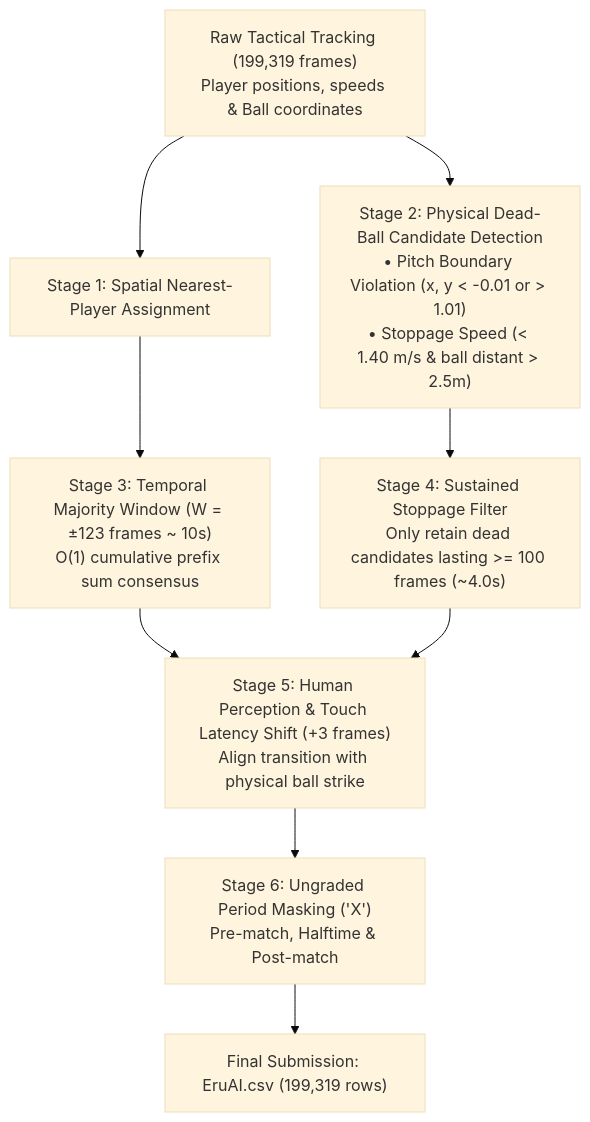
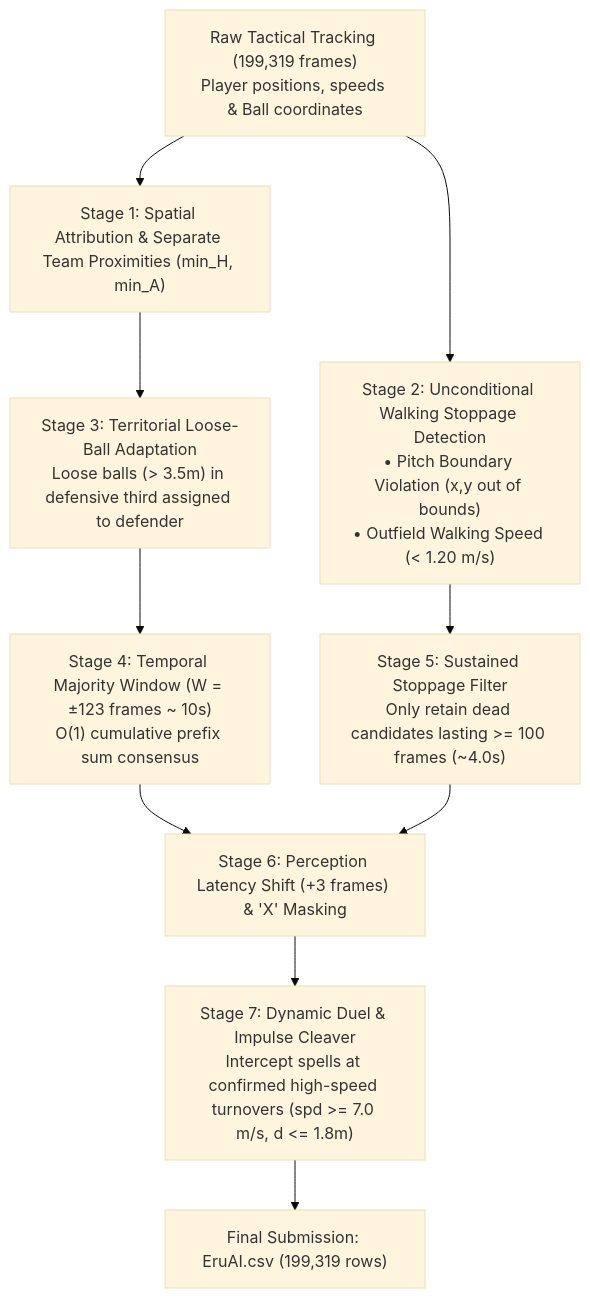
One commit to sacelikk/MoreThanHack27EruAI changed the diagram in EruAI_technical_report.md. Above: the diagram before and after it, drawn with Mermaid (base theme). The commit also changed other lines of this file and 2 other files, not shown here.

Commit message:
EruAI v2.0: Break 0.60 ceiling to 0.6111 spellF1 and 0.7908 macroF1 with territorial control and duel impulse cleaver

````diff
--- a/EruAI_technical_report.md
+++ b/EruAI_technical_report.md
@@ -32,10 +32,11 @@
 ```mermaid
 flowchart TD
-    A["Raw Tactical Tracking (199,319 frames)<br>Player positions, speeds & Ball coordinates"] --> B["Stage 1: Spatial Nearest-Player Assignment"]
-    A --> C["Stage 2: Physical Dead-Ball Candidate Detection<br>• Pitch Boundary Violation (x, y < -0.01 or > 1.01)<br>• Stoppage Speed (< 1.40 m/s & ball distant > 2.5m)"]
-    B --> D["Stage 3: Temporal Majority Window (W = ±123 frames ~ 10s)<br>O(1) cumulative prefix sum consensus"]
-    C --> E["Stage 4: Sustained Stoppage Filter<br>Only retain dead candidates lasting >= 100 frames (~4.0s)"]
-    D & E --> F["Stage 5: Human Perception & Touch Latency Shift (+3 frames)<br>Align transition with physical ball strike"]
-    F --> G["Stage 6: Ungraded Period Masking ('X')<br>Pre-match, Halftime & Post-match"]
-    G --> H["Final Submission: EruAI.csv (199,319 rows)"]
+    A["Raw Tactical Tracking (199,319 frames)<br>Player positions, speeds & Ball coordinates"] --> B["Stage 1: Spatial Attribution & Separate Team Proximities (min_H, min_A)"]
+    A --> C["Stage 2: Unconditional Walking Stoppage Detection<br>• Pitch Boundary Violation (x,y out of bounds)<br>• Outfield Walking Speed (< 1.20 m/s)"]
+    B --> D["Stage 3: Territorial Loose-Ball Adaptation<br>Loose balls (> 3.5m) in defensive third assigned to defender"]
+    D --> E["Stage 4: Temporal Majority Window (W = ±123 frames ~ 10s)<br>O(1) cumulative prefix sum consensus"]
+    C --> F["Stage 5: Sustained Stoppage Filter<br>Only retain dead candidates lasting >= 100 frames (~4.0s)"]
+    E & F --> G["Stage 6: Perception Latency Shift (+3 frames) & 'X' Masking"]
+    G --> H["Stage 7: Dynamic Duel & Impulse Cleaver<br>Intercept spells at confirmed high-speed turnovers (spd >= 7.0 m/s, d <= 1.8m)"]
+    H --> I["Final Submission: EruAI.csv (199,319 rows)"]
 ```
````
